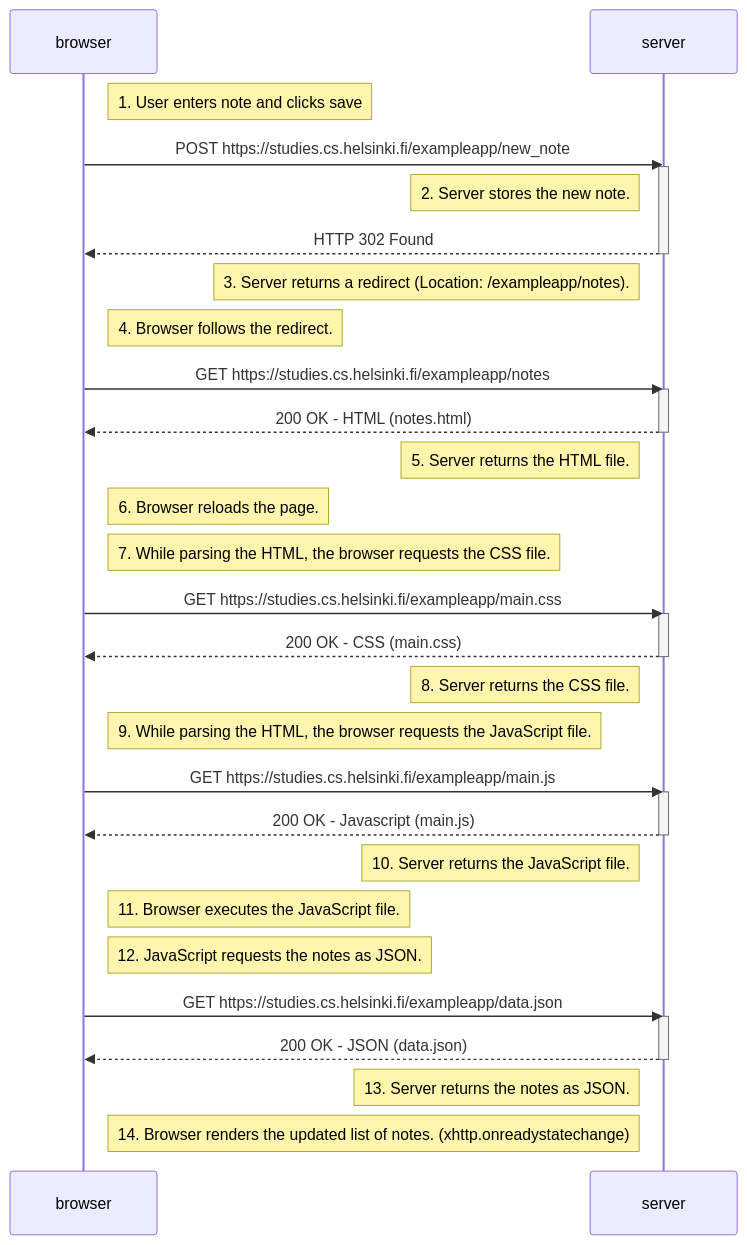
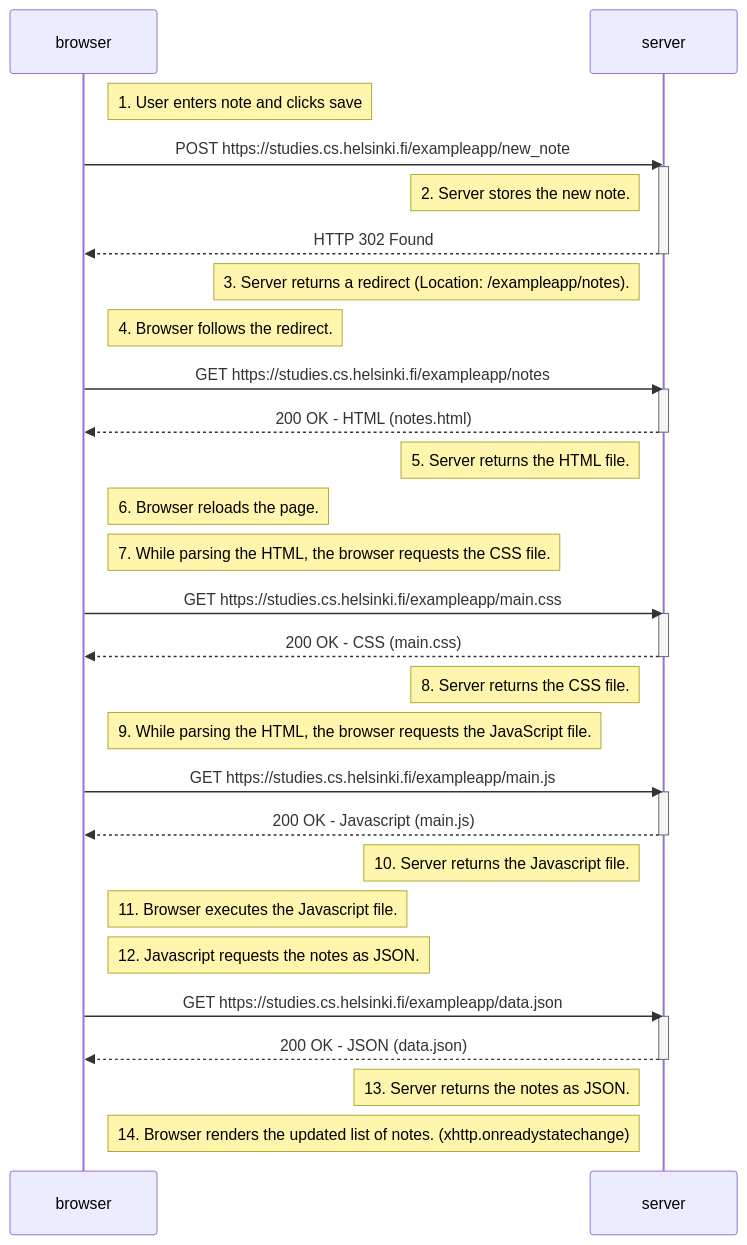
Before and after one commit to DrFinger2/fullstackopen-2026: the diagram in osa0/0.4.md, drawn with Mermaid.

````diff
--- a/osa0/0.4.md
+++ b/osa0/0.4.md
@@ -1,47 +1,47 @@
 ```mermaid
 sequenceDiagram
     participant browser
     participant server
 
     Note right of browser: 1. User enters note and clicks save
     browser->>server: POST https://studies.cs.helsinki.fi/exampleapp/new_note
     activate server
     Note left of server: 2. Server stores the new note.
     server-->>browser: HTTP 302 Found
     deactivate server
     Note left of server: 3. Server returns a redirect (Location: /exampleapp/notes).
 
     Note right of browser: 4. Browser follows the redirect.
     browser->>server: GET https://studies.cs.helsinki.fi/exampleapp/notes
     activate server
     server-->>browser: 200 OK - HTML (notes.html)
     deactivate server
     Note left of server: 5. Server returns the HTML file.
 
     Note right of browser: 6. Browser reloads the page.
 
     Note right of browser: 7. While parsing the HTML, the browser requests the CSS file.
     browser->>server: GET https://studies.cs.helsinki.fi/exampleapp/main.css
     activate server
     server-->>browser: 200 OK - CSS (main.css)
     deactivate server
     Note left of server: 8. Server returns the CSS file.
 
     Note right of browser: 9. While parsing the HTML, the browser requests the JavaScript file.
     browser->>server: GET https://studies.cs.helsinki.fi/exampleapp/main.js
     activate server
     server-->>browser: 200 OK - Javascript (main.js)
     deactivate server
-    Note left of server: 10. Server returns the JavaScript file.
+    Note left of server: 10. Server returns the Javascript file.
 
-    Note right of browser: 11. Browser executes the JavaScript file.
+    Note right of browser: 11. Browser executes the Javascript file.
 
-    Note right of browser: 12. JavaScript requests the notes as JSON.
+    Note right of browser: 12. Javascript requests the notes as JSON.
     browser->>server: GET https://studies.cs.helsinki.fi/exampleapp/data.json
     activate server
     server-->>browser: 200 OK - JSON (data.json)
     deactivate server
     Note left of server: 13. Server returns the notes as JSON.
 
     Note right of browser: 14. Browser renders the updated list of notes. (xhttp.onreadystatechange)
 ```
````
